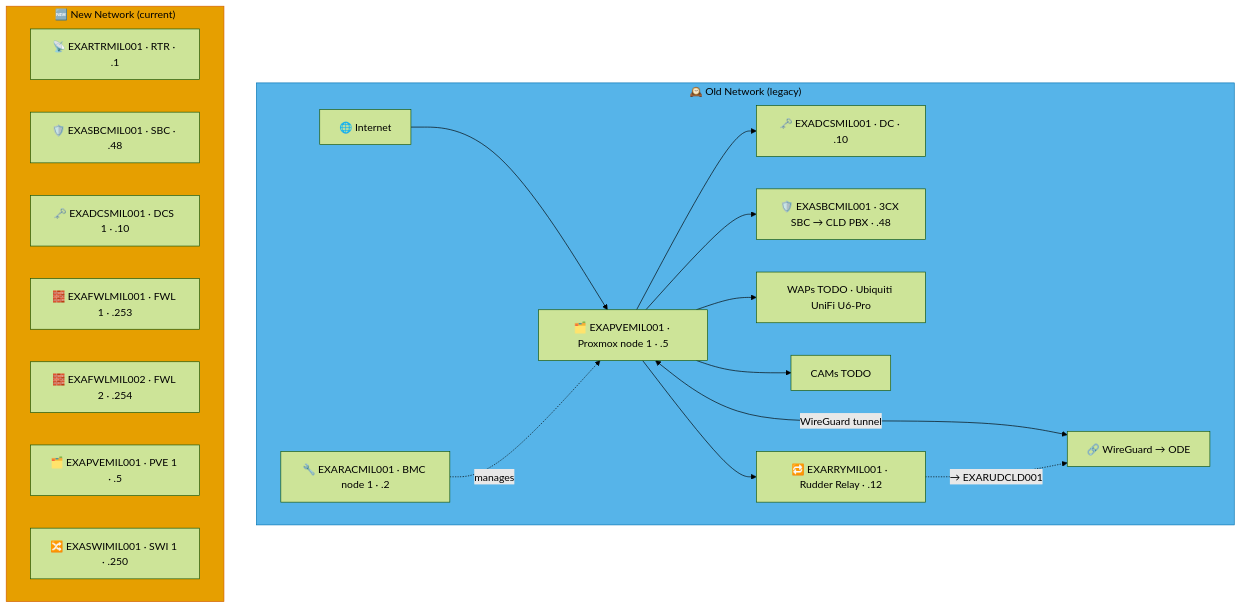
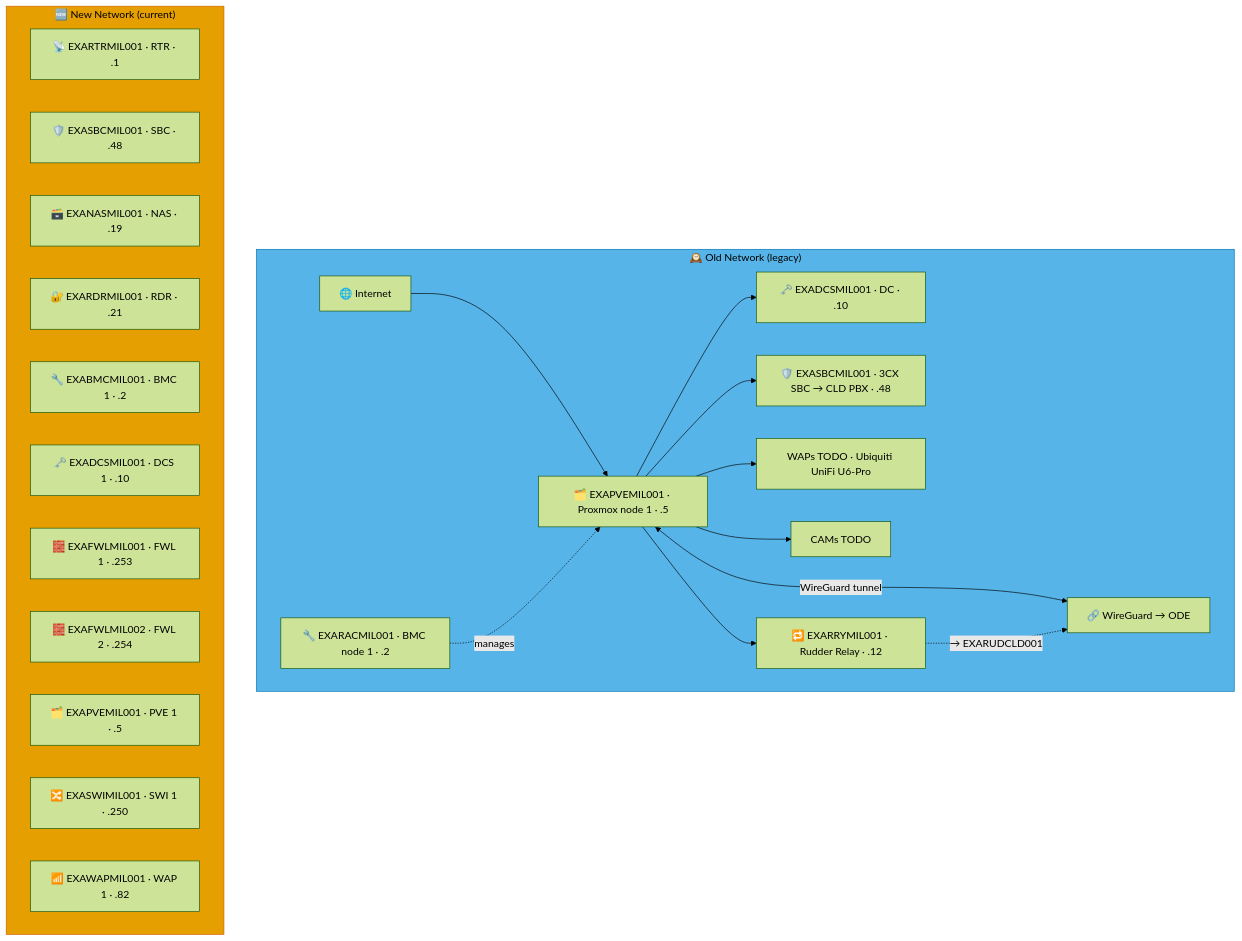
One commit to knightmare2600/example_music_infra changed the diagram in docs/network-diagram/italia.md. Above: the diagram before and after it, drawn with Mermaid (forest theme). The commit also changed 15 other files, not shown here.

````diff
--- a/docs/network-diagram/italia.md
+++ b/docs/network-diagram/italia.md
@@ -16,35 +16,39 @@
 ```mermaid
 graph TD
     subgraph OLD_MIL ["🕰️ Old Network (legacy)"]
       INET["🌐 Internet"]
       RAC["🔧 EXARACMIL001 · BMC node 1 · .2"]
       PVE["🗂️ EXAPVEMIL001 · Proxmox node 1 · .5"]
       DC["🗝️ EXADCSMIL001 · DC · .10"]
       SBC["🛡️ EXASBCMIL001 · 3CX SBC → CLD PBX · .48"]
       RRY["🔁 EXARRYMIL001 · Rudder Relay · .12"]
       WAP["WAPs TODO · Ubiquiti UniFi U6-Pro"]
       CAM["CAMs TODO"]
       VPN["🔗 WireGuard → ODE"]
 
       INET --> PVE --> DC & SBC
       RAC -.->|"manages"| PVE
       PVE --> WAP & CAM
       PVE <-->|"WireGuard tunnel"| VPN
 
       PVE --> RRY
       RRY -. "→ EXARUDCLD001" .-> VPN
     end
     style OLD_MIL fill:#56B4E9,stroke:#0072B2,color:#000000
     %% GENERATED:NEW-NETWORK:MIL:START
     subgraph NEW_MIL ["🆕 New Network (current)"]
       N_RTR["📡 EXARTRMIL001 · RTR · .1"]
       N_SBC["🛡️ EXASBCMIL001 · SBC · .48"]
+      N_NAS["🗃️ EXANASMIL001 · NAS · .19"]
+      N_RDR["🔐 EXARDRMIL001 · RDR · .21"]
+      N_BMC["🔧 EXABMCMIL001 · BMC 1 · .2"]
       N_DCS["🗝️ EXADCSMIL001 · DCS 1 · .10"]
       N_FWL["🧱 EXAFWLMIL001 · FWL 1 · .253"]
       N_FWL2["🧱 EXAFWLMIL002 · FWL 2 · .254"]
       N_PVE["🗂️ EXAPVEMIL001 · PVE 1 · .5"]
       N_SWI["🔀 EXASWIMIL001 · SWI 1 · .250"]
+      N_WAP["📶 EXAWAPMIL001 · WAP 1 · .82"]
     end
     style NEW_MIL fill:#E69F00,stroke:#D55E00,color:#000000
     %% GENERATED:NEW-NETWORK:MIL:END
 ```
````
